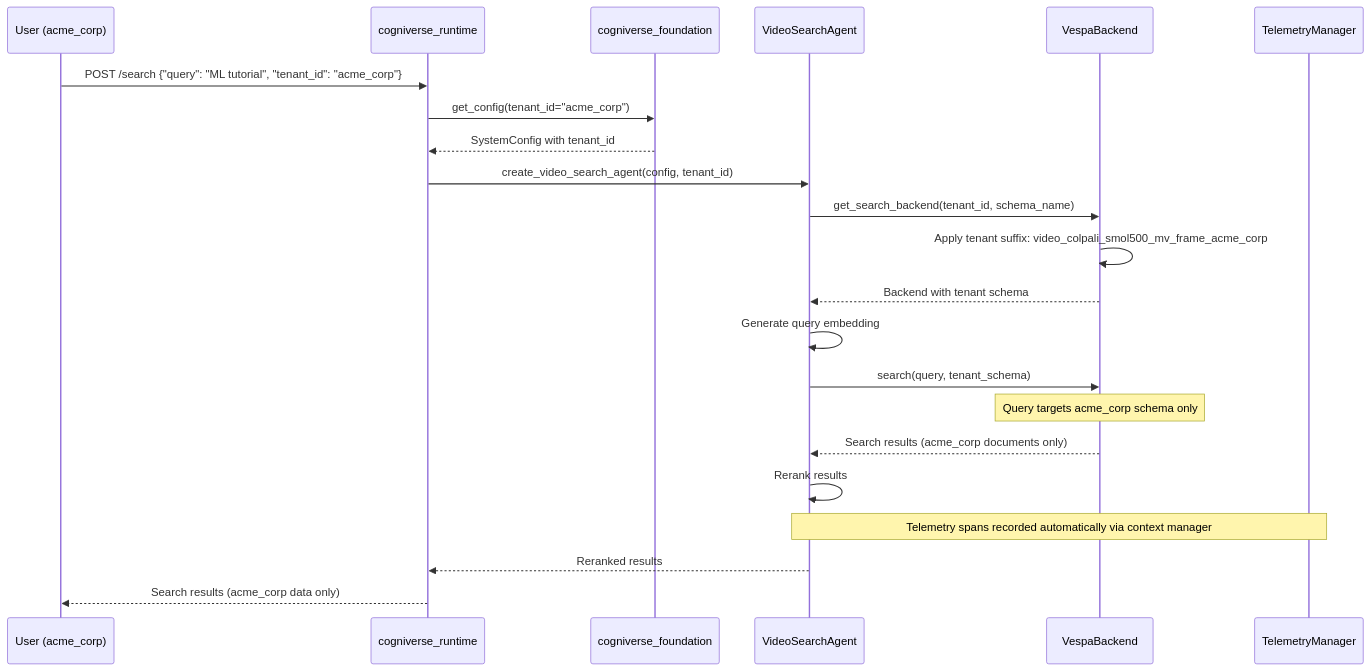
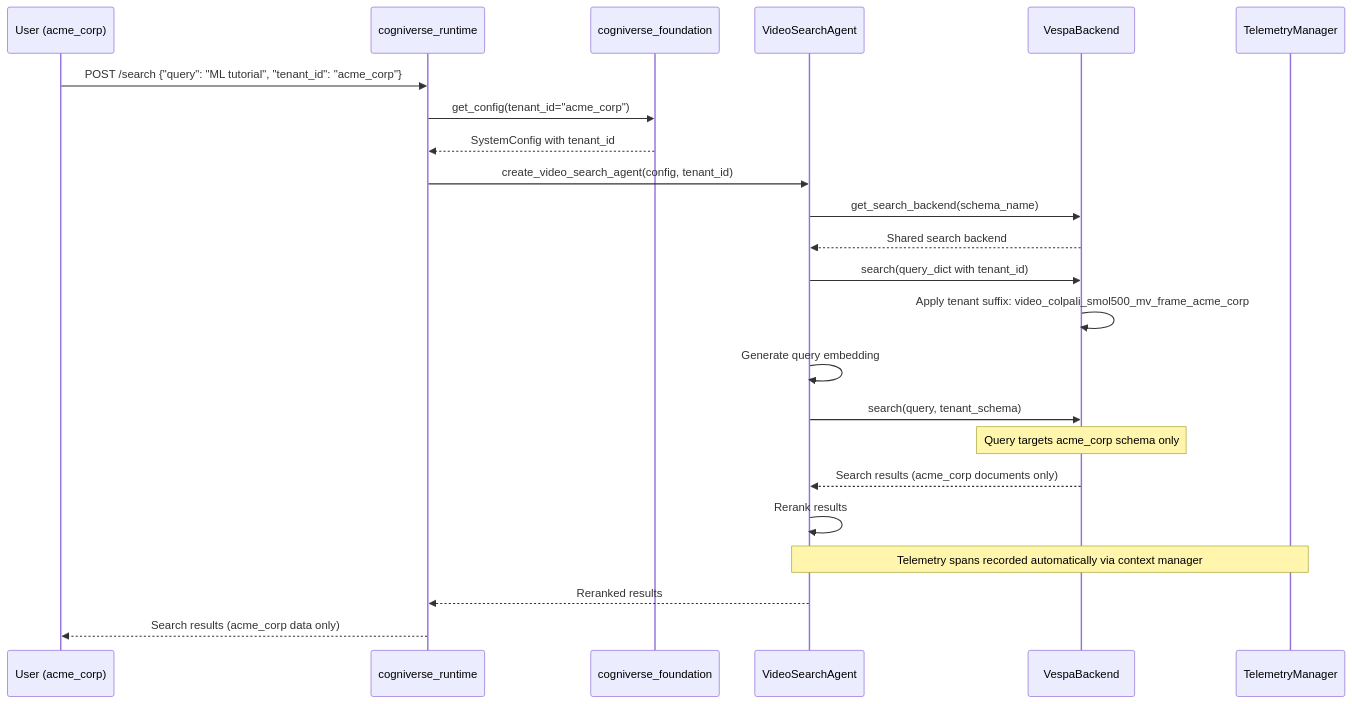
The eighth of 19 diagrams in docs/diagrams/multi-tenant-diagrams.md (amit-jain/cogniverse), drawn with Mermaid before and after one commit. The commit also changed 25 other files, not shown here.

First line of the commit message:
Refactor search backends to shared tenantless instances

````diff
--- a/docs/diagrams/multi-tenant-diagrams.md
+++ b/docs/diagrams/multi-tenant-diagrams.md
@@ -347,32 +347,33 @@
 ```mermaid
 sequenceDiagram
     participant User as User (acme_corp)
     participant Runtime as cogniverse_runtime
     participant Foundation as cogniverse_foundation
     participant Agent as VideoSearchAgent
     participant Backend as VespaBackend
     participant Telemetry as TelemetryManager
 
     User->>Runtime: POST /search {"query": "ML tutorial", "tenant_id": "acme_corp"}
 
     Runtime->>Foundation: get_config(tenant_id="acme_corp")
     Foundation-->>Runtime: SystemConfig with tenant_id
 
     Runtime->>Agent: create_video_search_agent(config, tenant_id)
-    Agent->>Backend: get_search_backend(tenant_id, schema_name)
+    Agent->>Backend: get_search_backend(schema_name)
+    Backend-->>Agent: Shared search backend
+    Agent->>Backend: search(query_dict with tenant_id)
     Backend->>Backend: Apply tenant suffix: video_colpali_smol500_mv_frame_acme_corp
-    Backend-->>Agent: Backend with tenant schema
 
     Agent->>Agent: Generate query embedding
 
     Agent->>Backend: search(query, tenant_schema)
     Note over Backend: Query targets acme_corp schema only
     Backend-->>Agent: Search results (acme_corp documents only)
 
     Agent->>Agent: Rerank results
 
     Note over Agent,Telemetry: Telemetry spans recorded automatically via context manager
 
     Agent-->>Runtime: Reranked results
     Runtime-->>User: Search results (acme_corp data only)
 ```
````
